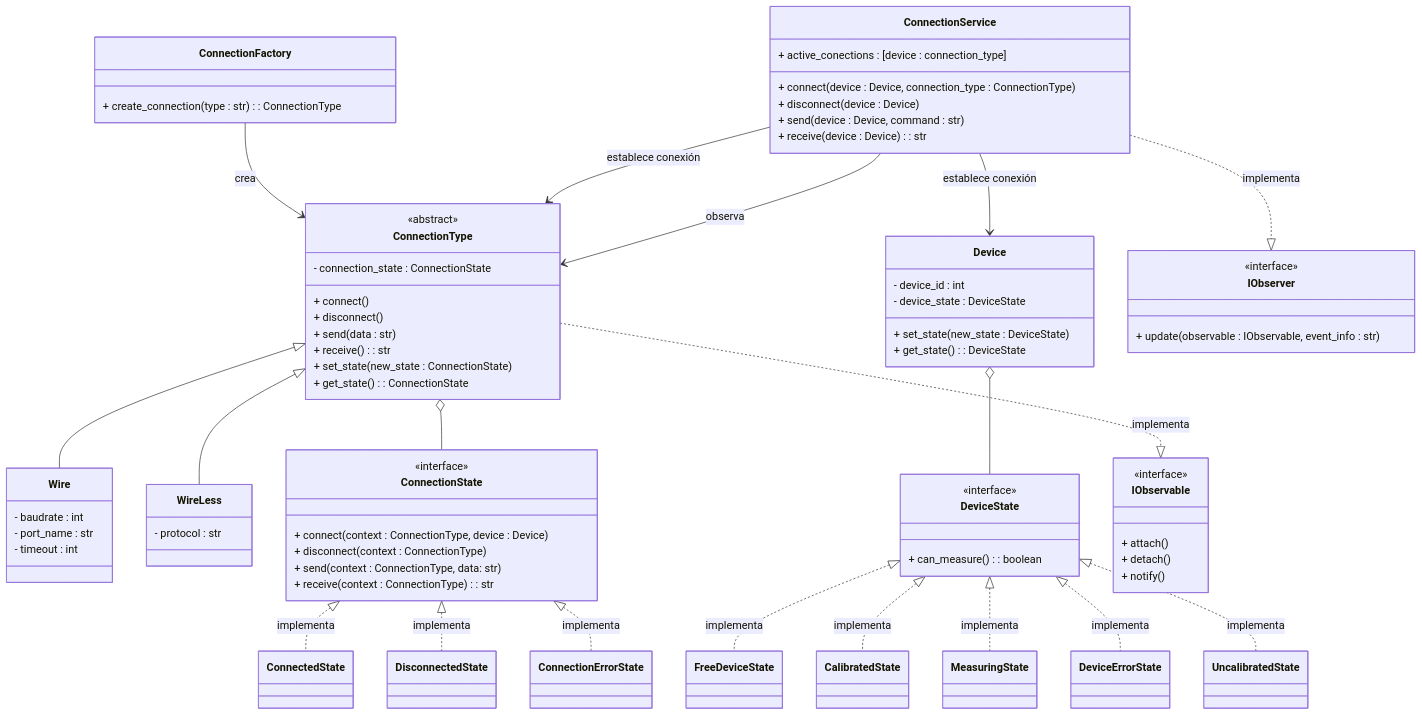
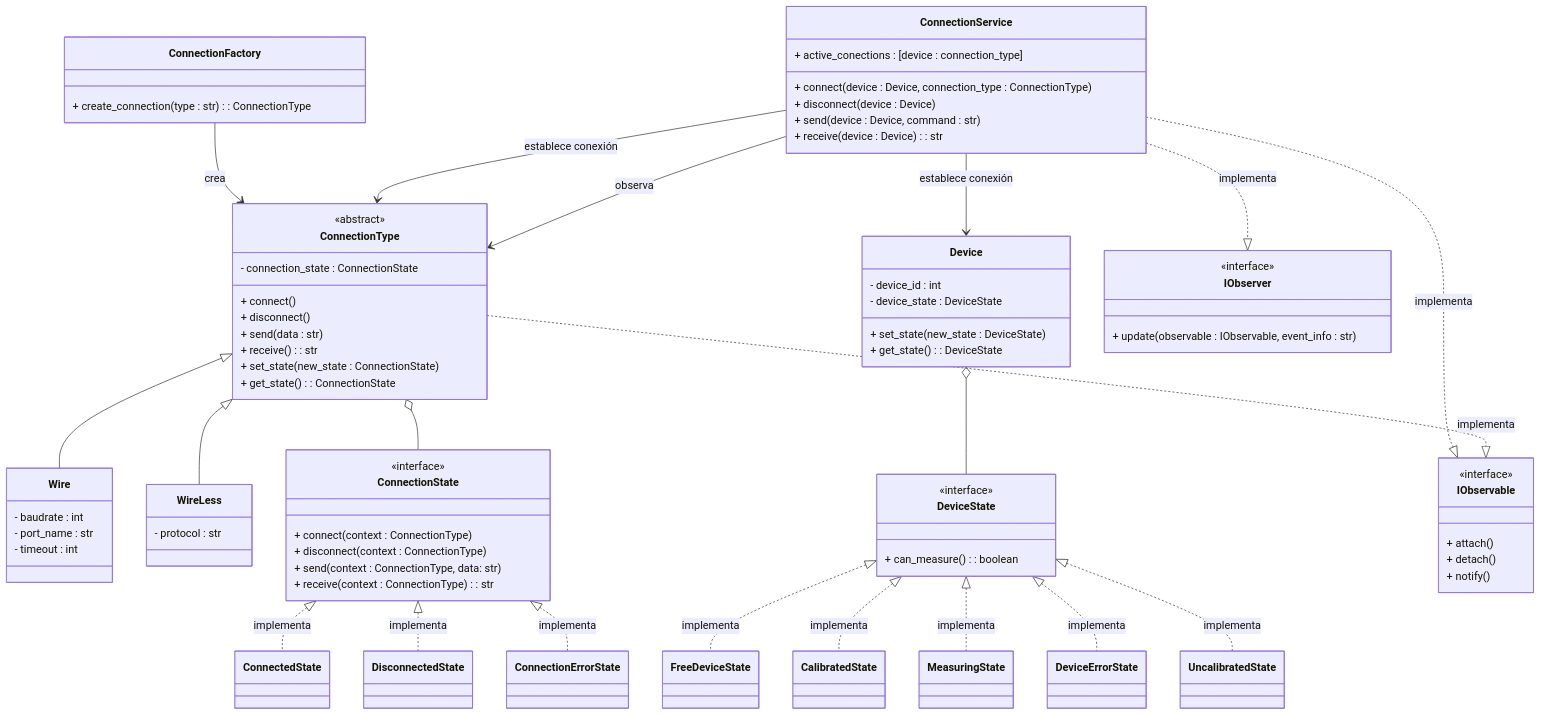
The second of 6 diagrams in Gmini-MarkDown/Diagramas/Clases Conceptuales.md (alegrelias/Repo-GMini), drawn with Mermaid before and after one commit. The commit also changed other lines of this file, not shown here.

Commit message:
Se modifica diagrama de clases

```diff
--- a/Gmini-MarkDown/Diagramas/Clases Conceptuales.md
+++ b/Gmini-MarkDown/Diagramas/Clases Conceptuales.md
@@ -364,7 +364,7 @@
 	
 class ConnectionState{
 		<<interface>>
-		+ connect(context : ConnectionType, device : Device)
+		+ connect(context : ConnectionType)
 		+ disconnect(context : ConnectionType)
 		+ send(context : ConnectionType, data: str)
 		+ receive(context : ConnectionType) : str
@@ -414,7 +414,7 @@
 %% relaciones
 
 ConnectionService ..|> IObserver : implementa
-
+ConnectionService ..|> IObservable : implementa
 ConnectionType ..|> IObservable : implementa
 
 DeviceState <|.. FreeDeviceState : implementa
```
